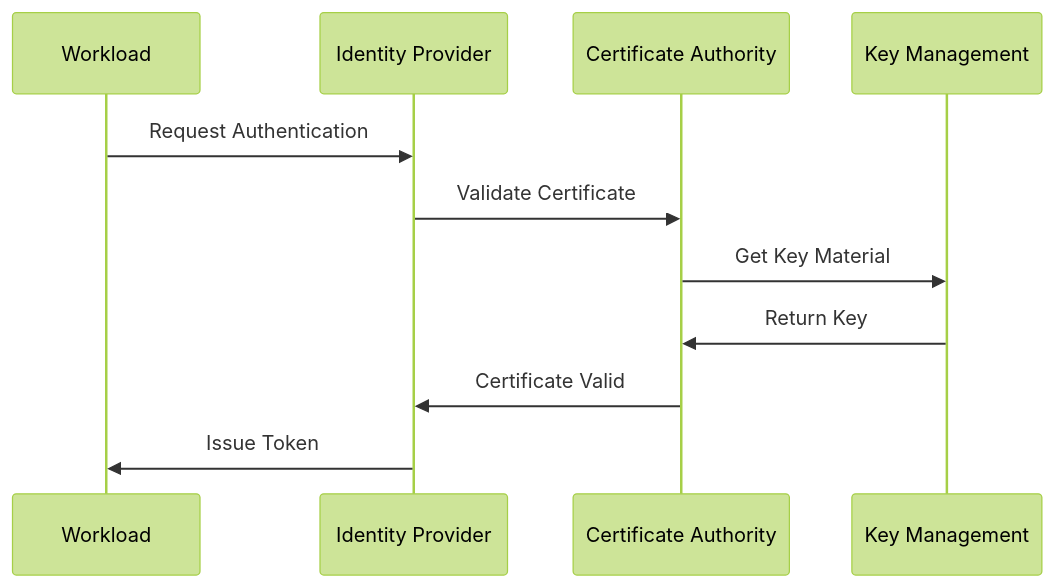
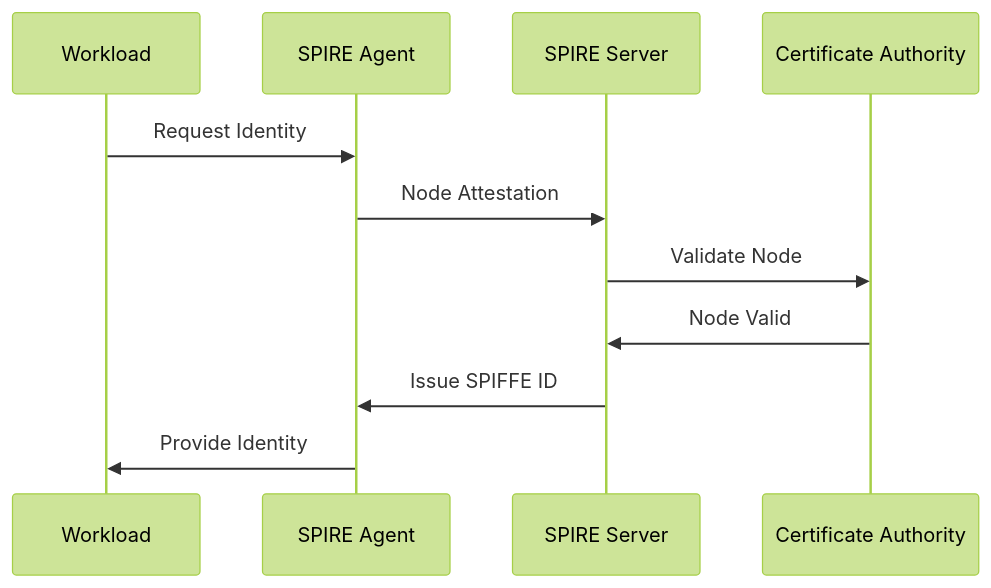
The second of 3 diagrams in docs/architecture_guide.md (Salkimmich/workload_identity), drawn with Mermaid (forest theme) before and after one commit. The commit also changed other lines of this file and 20 other files, not shown here.

````diff
--- a/docs/architecture_guide.md
+++ b/docs/architecture_guide.md
@@ -412,14 +182,14 @@
 ```mermaid
 sequenceDiagram
     participant W as Workload
-    participant IP as Identity Provider
+    participant A as SPIRE Agent
+    participant S as SPIRE Server
     participant CA as Certificate Authority
-    participant KM as Key Management
     
-    W->>IP: Request Authentication
-    IP->>CA: Validate Certificate
-    CA->>KM: Get Key Material
-    KM->>CA: Return Key
-    CA->>IP: Certificate Valid
-    IP->>W: Issue Token
+    W->>A: Request Identity
+    A->>S: Node Attestation
+    S->>CA: Validate Node
+    CA->>S: Node Valid
+    S->>A: Issue SPIFFE ID
+    A->>W: Provide Identity
 ```
````
